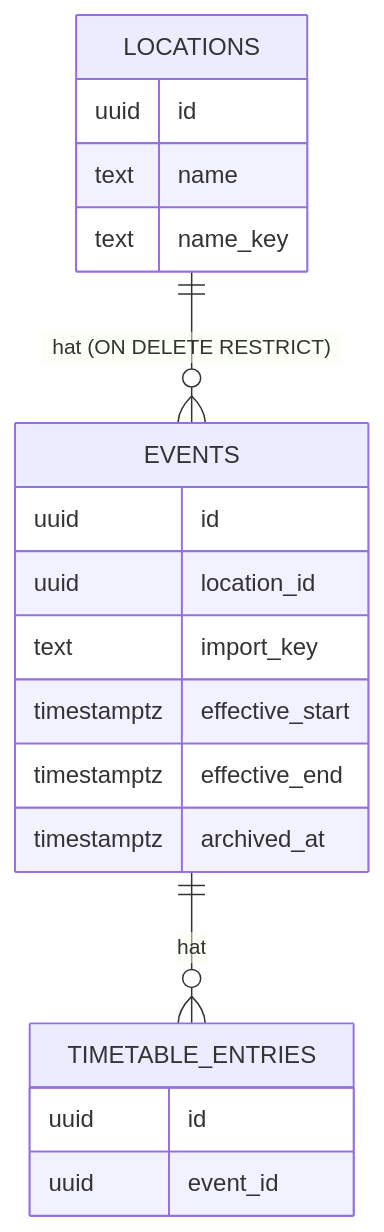
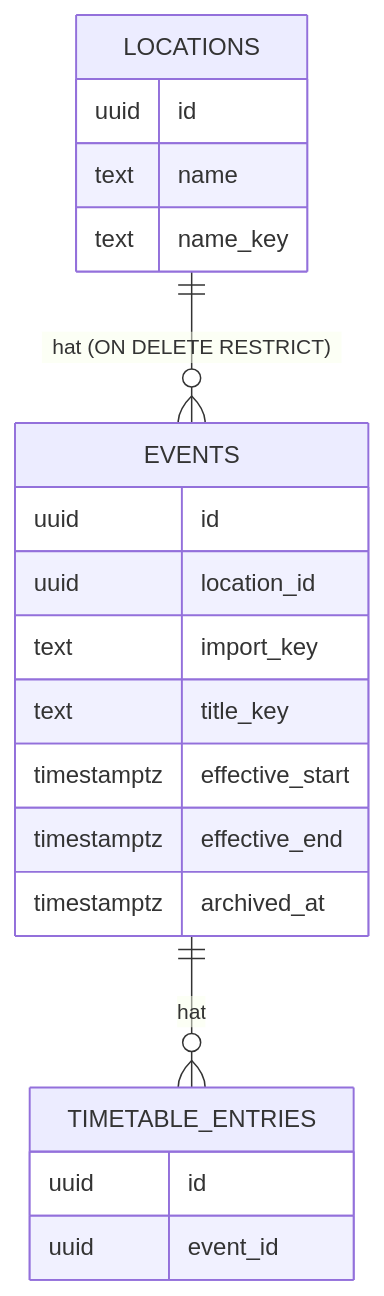
One commit to phemantras/oz-zirndorf-event-store changed the second of 3 diagrams in _bmad-output/planning-artifacts/architecture/architecture-oz-zirndorf-event-store-2026-10-01/ARCHITECTURE-SPINE.md. Above: the diagram before and after it, drawn with Mermaid. The commit also changed other lines of this file and 6 other files, not shown here.

````diff
--- a/_bmad-output/planning-artifacts/architecture/architecture-oz-zirndorf-event-store-2026-10-01/ARCHITECTURE-SPINE.md
+++ b/_bmad-output/planning-artifacts/architecture/architecture-oz-zirndorf-event-store-2026-10-01/ARCHITECTURE-SPINE.md
@@ -205,22 +212,23 @@
 ```mermaid
 erDiagram
   LOCATIONS ||--o{ EVENTS : "hat (ON DELETE RESTRICT)"
   EVENTS ||--o{ TIMETABLE_ENTRIES : "hat"
   LOCATIONS {
     uuid id
     text name
     text name_key
   }
   EVENTS {
     uuid id
     uuid location_id
     text import_key
+    text title_key
     timestamptz effective_start
     timestamptz effective_end
     timestamptz archived_at
   }
   TIMETABLE_ENTRIES {
     uuid id
     uuid event_id
   }
 ```
````
